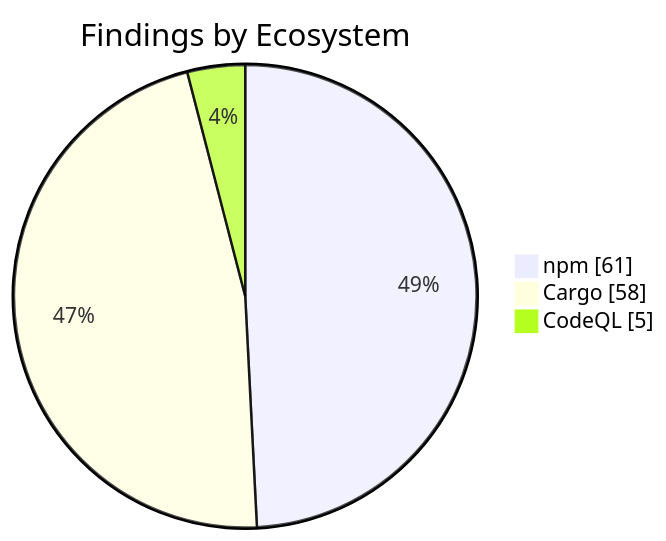
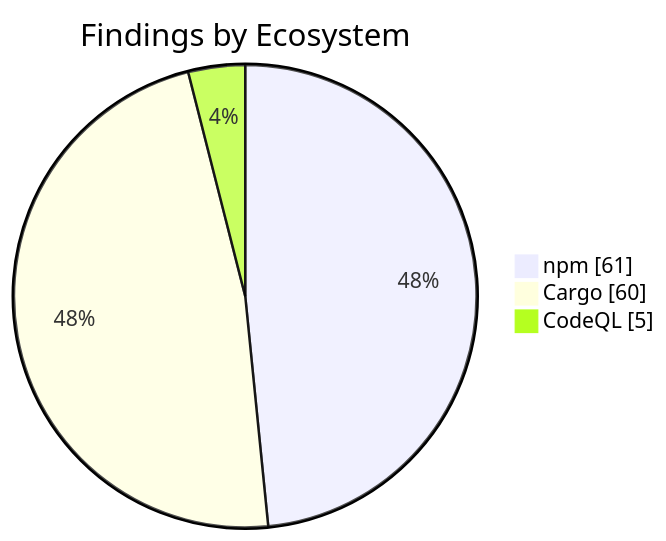
The second of 2 diagrams in apps/kbve/astro-kbve/src/content/docs/dashboard/security.mdx (KBVE/kbve), drawn with Mermaid before and after one commit. The commit also changed other lines of this file and 7 other files, not shown here.

````diff
--- a/apps/kbve/astro-kbve/src/content/docs/dashboard/security.mdx
+++ b/apps/kbve/astro-kbve/src/content/docs/dashboard/security.mdx
@@ -73,7 +73,7 @@
 ```mermaid
 pie showData
     title Findings by Ecosystem
     "npm" : 61
-    "Cargo" : 58
+    "Cargo" : 60
     "CodeQL" : 5
 ```
````
